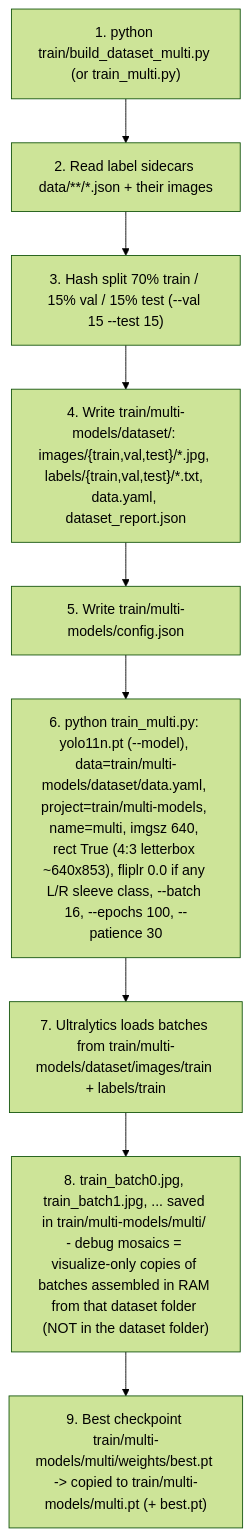
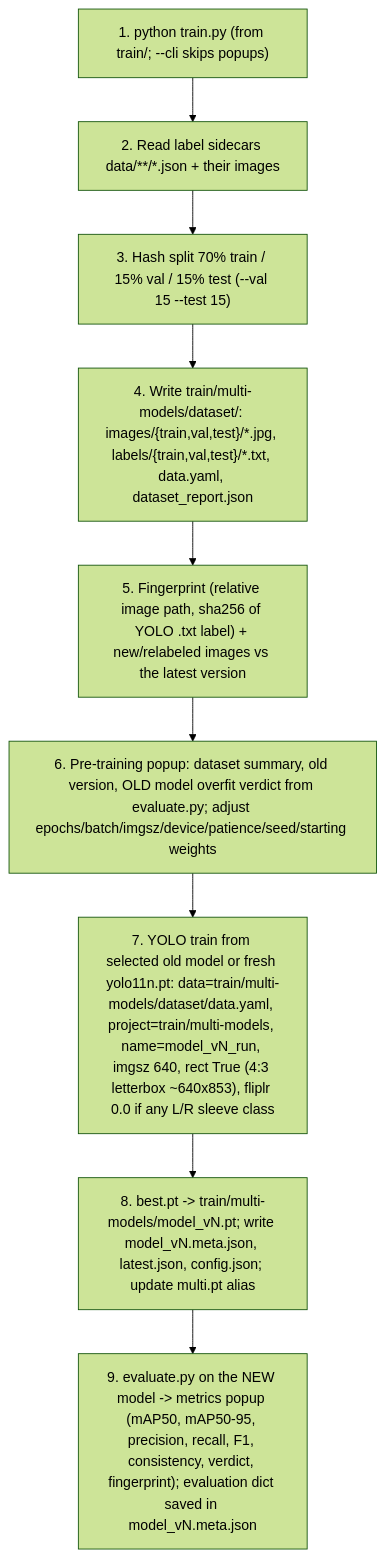
The second of 2 diagrams in README.md (Kitthinut/Clothes_matcher), drawn with Mermaid (forest theme) before and after one commit. The commit also changed other lines of this file and 10 other files, not shown here.

Commit message:
make it only 1 train multi-object detection model building

````diff
--- a/README.md
+++ b/README.md
@@ -201,11 +257,11 @@
 ```mermaid
 flowchart TD
-    A["1. python train/build_dataset_multi.py (or train_multi.py)"] --> B["2. Read label sidecars data/**/*.json + their images"]
+    A["1. python train.py (from train/; --cli skips popups)"] --> B["2. Read label sidecars data/**/*.json + their images"]
     B --> C["3. Hash split 70% train / 15% val / 15% test (--val 15 --test 15)"]
     C --> D["4. Write train/multi-models/dataset/: images/{train,val,test}/*.jpg, labels/{train,val,test}/*.txt, data.yaml, dataset_report.json"]
-    D --> E["5. Write train/multi-models/config.json"]
-    E --> F["6. python train_multi.py: yolo11n.pt (--model), data=train/multi-models/dataset/data.yaml, project=train/multi-models, name=multi, imgsz 640, rect True (4:3 letterbox ~640x853), fliplr 0.0 if any L/R sleeve class, --batch 16, --epochs 100, --patience 30"]
-    F --> G["7. Ultralytics loads batches from train/multi-models/dataset/images/train + labels/train"]
-    G --> H["8. train_batch0.jpg, train_batch1.jpg, ... saved in train/multi-models/multi/ - debug mosaics = visualize-only copies of batches assembled in RAM from that dataset folder (NOT in the dataset folder)"]
-    H --> I["9. Best checkpoint train/multi-models/multi/weights/best.pt -> copied to train/multi-models/multi.pt (+ best.pt)"]
+    D --> E["5. Fingerprint (relative image path, sha256 of YOLO .txt label) + new/relabeled images vs the latest version"]
+    E --> F["6. Pre-training popup: dataset summary, old version, OLD model overfit verdict from evaluate.py; adjust epochs/batch/imgsz/device/patience/seed/starting weights"]
+    F --> G["7. YOLO train from selected old model or fresh yolo11n.pt: data=train/multi-models/dataset/data.yaml, project=train/multi-models, name=model_vN_run, imgsz 640, rect True (4:3 letterbox ~640x853), fliplr 0.0 if any L/R sleeve class"]
+    G --> H["8. best.pt -> train/multi-models/model_vN.pt; write model_vN.meta.json, latest.json, config.json; update multi.pt alias"]
+    H --> I["9. evaluate.py on the NEW model -> metrics popup (mAP50, mAP50-95, precision, recall, F1, consistency, verdict, fingerprint); evaluation dict saved in model_vN.meta.json"]
 ```
````
